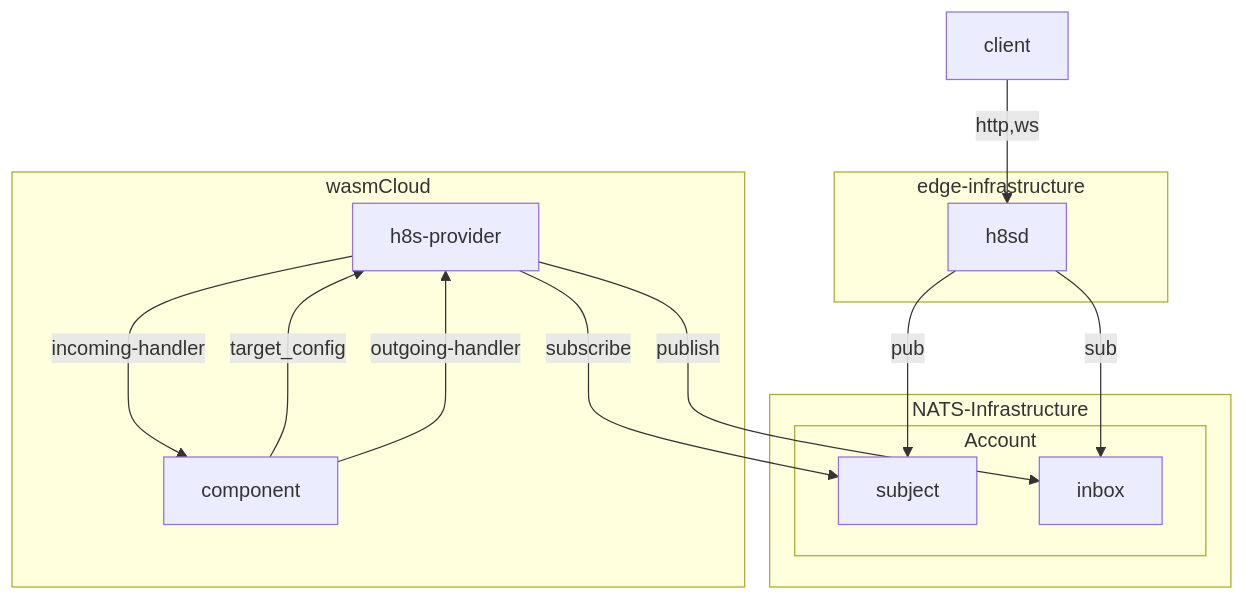
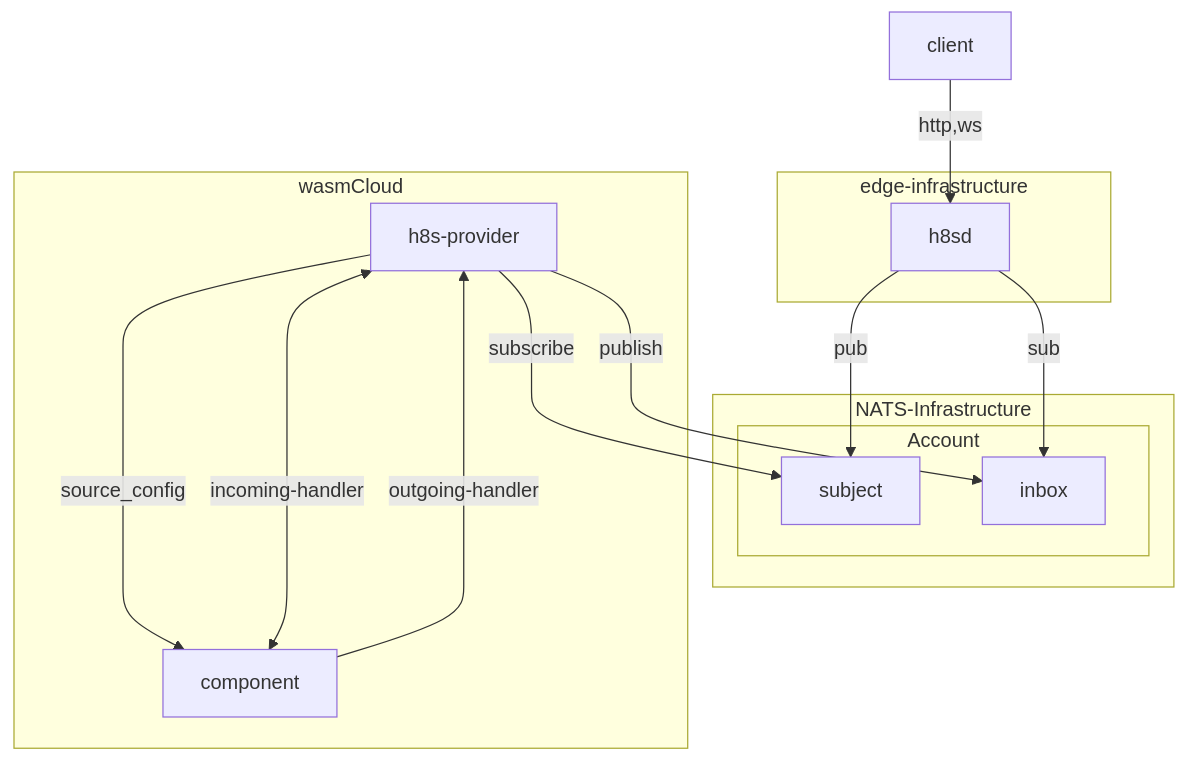
Before and after one commit to Mattilsynet/h8s: the first of 2 diagrams in README.md, drawn with Mermaid. The commit also changed other lines of this file and 3 other files, not shown here.

Commit message:
fix: websockets tests now work again, used wrong subjectmapper function. Updated the mermaid diagrams

````diff
--- a/README.md
+++ b/README.md
@@ -16,29 +16,29 @@
 ```mermaid +render
-graph TB
+graph TB 
     client
-
-    subgraph wasmCloud
-        h8s-provider
-        component
-    end
 
     subgraph edge-infrastructure 
         h8sd
     end
 
     subgraph NATS-Infrastructure
         subgraph Account
             subject
             inbox
         end
     end
 
+    subgraph wasmCloud
+        h8s-provider
+        component
+    end
+
     client --> |http,ws| h8sd
     h8sd --> |pub| subject 
     h8sd --> |sub| inbox
     h8s-provider --> |subscribe| subject
     h8s-provider --> |publish| inbox
-    component --> |target_config| h8s-provider
-    h8s-provider --> |incoming-handler| component
+    h8s-provider --> |source_config| component 
+    h8s-provider <---> |incoming-handler| component
     component --> |outgoing-handler | h8s-provider 
 ```
````
